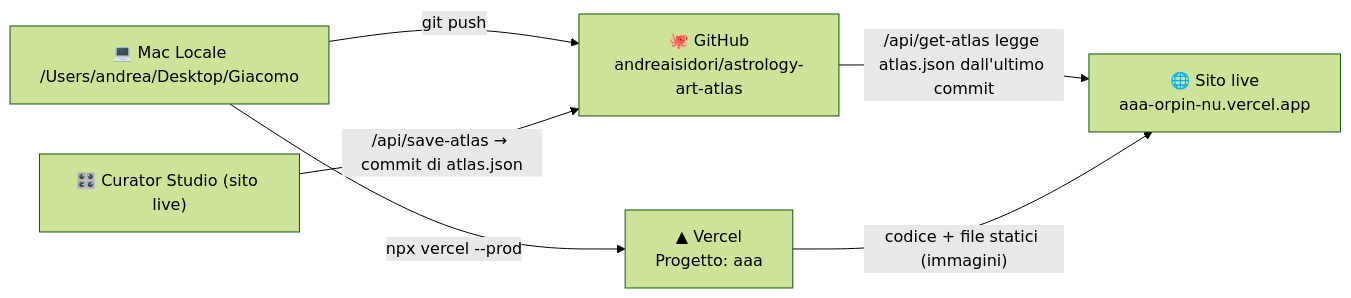
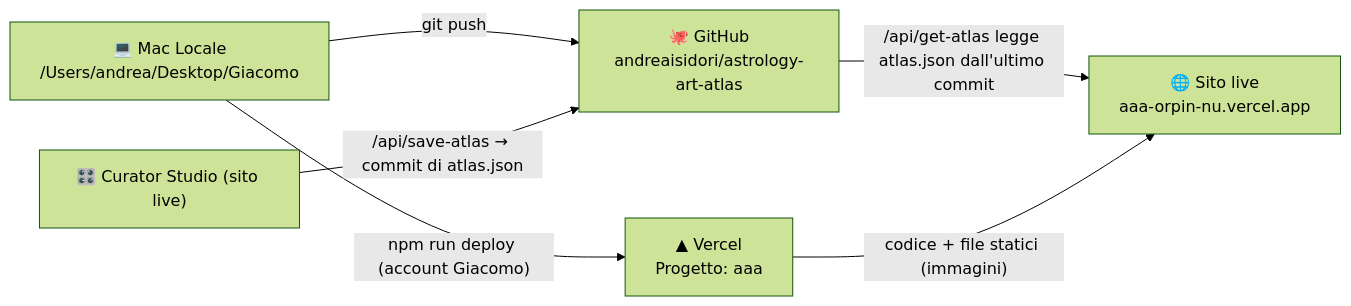
Before and after one commit to andreaisidori/astrology-art-atlas: the diagram in KNOWLEDGE_TRANSFER.md, drawn with Mermaid (forest theme). The commit also changed other lines of this file and 2 other files, not shown here.

Commit message:
chore(deploy): Vercel for AAA only via Giacomo's account (separate config + guards)

````diff
--- a/KNOWLEDGE_TRANSFER.md
+++ b/KNOWLEDGE_TRANSFER.md
@@ -30,8 +33,8 @@
 ```mermaid
 flowchart LR
     A["💻 Mac Locale<br/>/Users/andrea/Desktop/Giacomo"] -->|"git push"| B["🐙 GitHub<br/>andreaisidori/astrology-art-atlas"]
-    A -->|"npx vercel --prod"| C["▲ Vercel<br/>Progetto: aaa"]
+    A -->|"npm run deploy (account Giacomo)"| C["▲ Vercel<br/>Progetto: aaa"]
     E["🎛️ Curator Studio (sito live)"] -->|"/api/save-atlas → commit di atlas.json"| B
     B -->|"/api/get-atlas legge atlas.json dall'ultimo commit"| D["🌐 Sito live<br/>aaa-orpin-nu.vercel.app"]
     C -->|"codice + file statici (immagini)"| D
 ```
````
